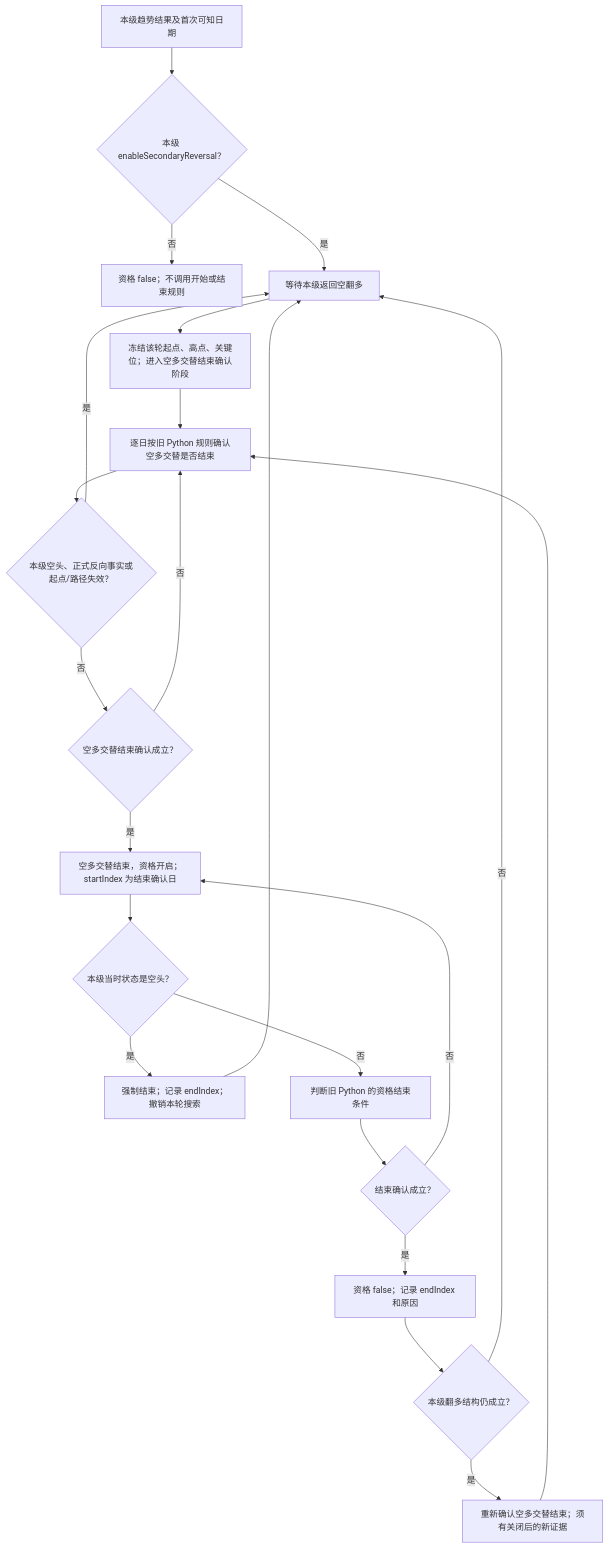
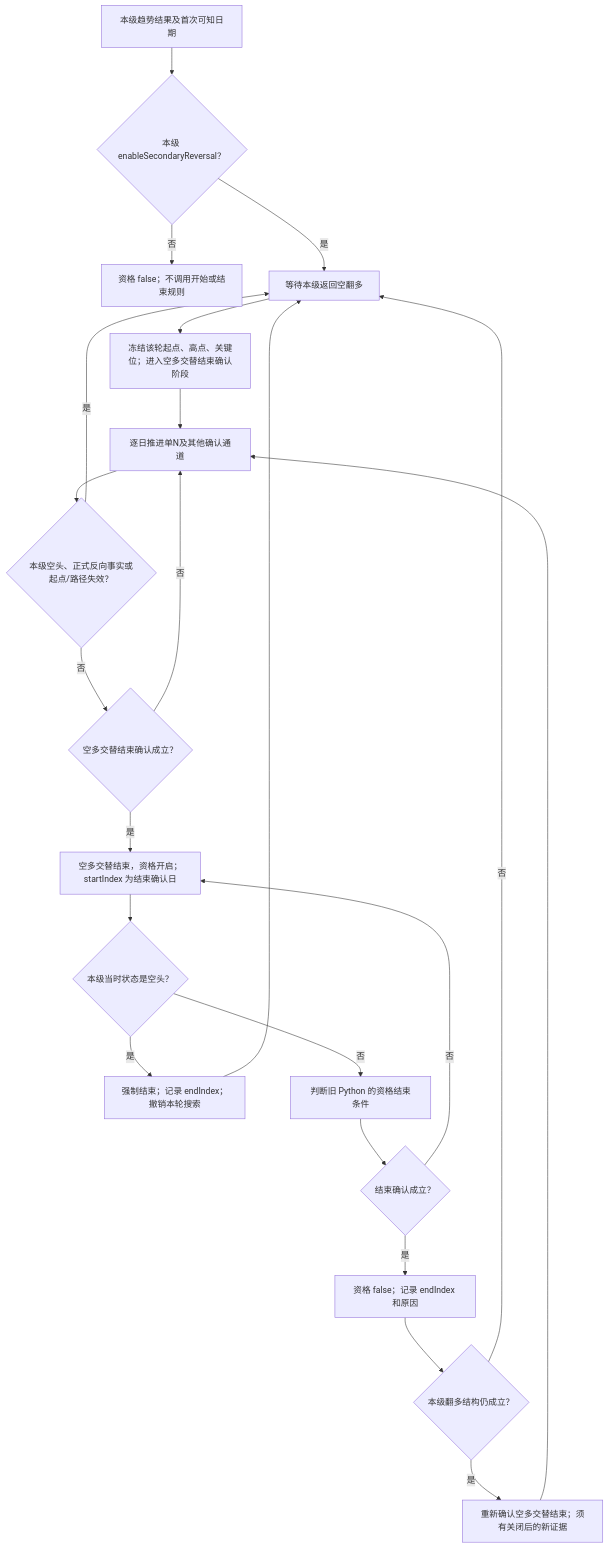
One commit to bobo553/wavequant-monorepo changed the fifth of 16 diagrams in docs/trend-analysis-flow.md. Above: the diagram before and after it, drawn with Mermaid. The commit also changed other lines of this file and 21 other files, not shown here.

````diff
--- a/docs/trend-analysis-flow.md
+++ b/docs/trend-analysis-flow.md
@@ -187,24 +190,24 @@
 ```mermaid
 flowchart TD
     A["本级趋势结果及首次可知日期"] --> B{"本级 enableSecondaryReversal？"}
     B -->|否| OFF["资格 false；不调用开始或结束规则"]
     B -->|是| WAIT["等待本级返回空翻多"]
     WAIT --> SEED["冻结该轮起点、高点、关键位；进入空多交替结束确认阶段"]
-    SEED --> PENDING["逐日按旧 Python 规则确认空多交替是否结束"]
+    SEED --> PENDING["逐日推进单N及其他确认通道"]
     PENDING --> INVALID{"本级空头、正式反向事实或起点/路径失效？"}
     INVALID -->|是| WAIT
     INVALID -->|否| START{"空多交替结束确认成立？"}
     START -->|否| PENDING
     START -->|是| ACTIVE["空多交替结束，资格开启；startIndex 为结束确认日"]
     ACTIVE --> BEAR{"本级当时状态是空头？"}
     BEAR -->|是| CLOSEBEAR["强制结束；记录 endIndex；撤销本轮搜索"]
     CLOSEBEAR --> WAIT
     BEAR -->|否| END["判断旧 Python 的资格结束条件"]
     END --> CLOSED{"结束确认成立？"}
     CLOSED -->|否| ACTIVE
     CLOSED -->|是| CLOSE["资格 false；记录 endIndex 和原因"]
     CLOSE --> STILL{"本级翻多结构仍成立？"}
     STILL -->|否| WAIT
     STILL -->|是| FRESH["重新确认空多交替结束；须有关闭后的新证据"]
     FRESH --> PENDING
 ```
````
